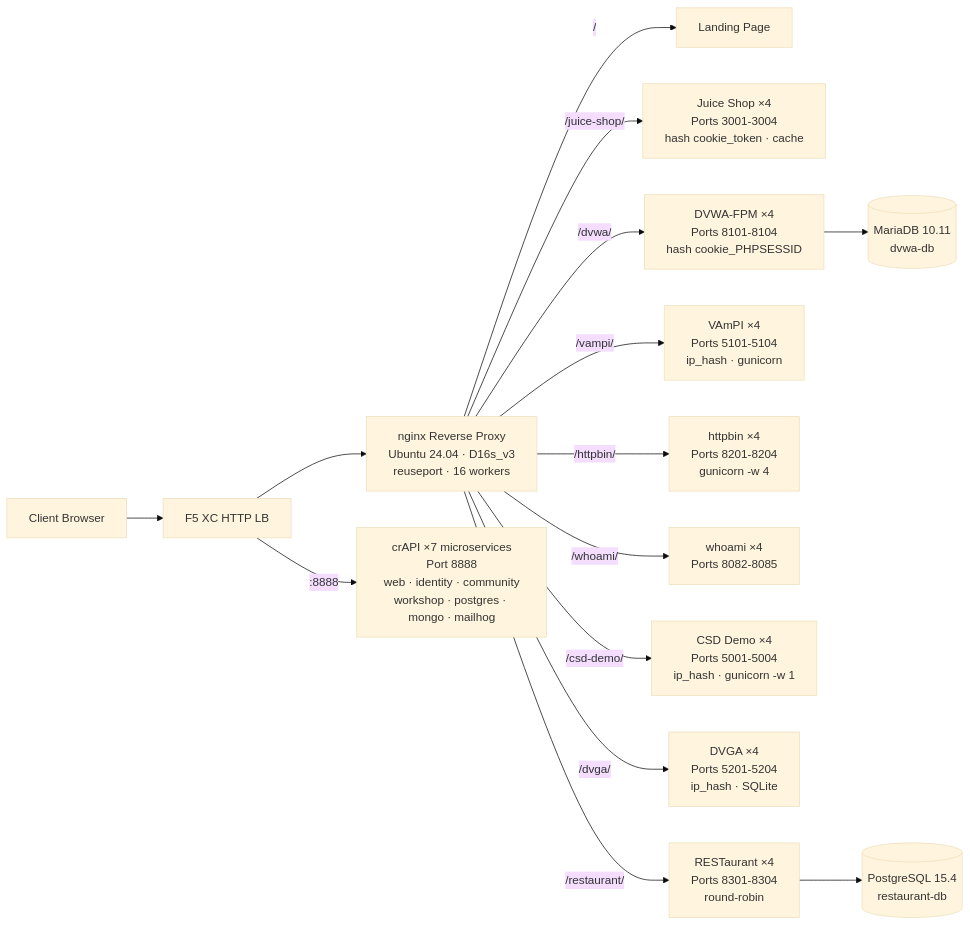
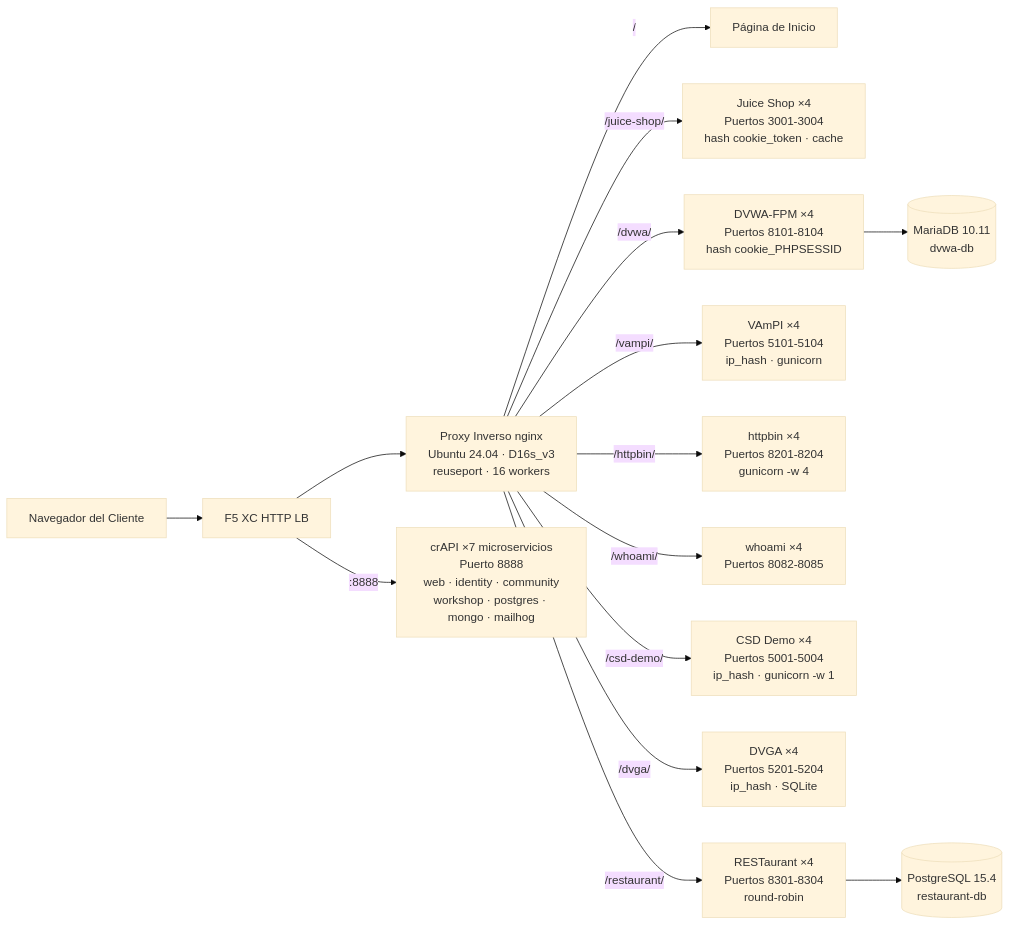
The diagram in docs/es/01-architecture.mdx (f5-sales-demo/origin-server), drawn with Mermaid (base theme) before and after one commit. The commit also changed other lines of this file and 107 other files, not shown here.

````diff
--- a/docs/es/01-architecture.mdx
+++ b/docs/es/01-architecture.mdx
@@ -29,17 +29,17 @@
 ```mermaid
 graph LR
-    Client[Client Browser] --> XCHLB[F5 XC HTTP LB]
-    XCHLB --> NGINX[nginx Reverse Proxy<br/>Ubuntu 24.04 · D16s_v3<br/>reuseport · 16 workers]
-    NGINX --> |/| DEFAULT[Landing Page]
-    NGINX --> |/juice-shop/| JS[Juice Shop ×4<br/>Ports 3001-3004<br/>hash cookie_token · cache]
-    NGINX --> |/dvwa/| DVWA[DVWA-FPM ×4<br/>Ports 8101-8104<br/>hash cookie_PHPSESSID]
-    NGINX --> |/vampi/| VAMPI[VAmPI ×4<br/>Ports 5101-5104<br/>ip_hash · gunicorn]
-    NGINX --> |/httpbin/| HTTPBIN[httpbin ×4<br/>Ports 8201-8204<br/>gunicorn -w 4]
-    NGINX --> |/whoami/| WHOAMI[whoami ×4<br/>Ports 8082-8085]
-    NGINX --> |/csd-demo/| CSD[CSD Demo ×4<br/>Ports 5001-5004<br/>ip_hash · gunicorn -w 1]
-    NGINX --> |/dvga/| DVGA[DVGA ×4<br/>Ports 5201-5204<br/>ip_hash · SQLite]
-    NGINX --> |/restaurant/| REST[RESTaurant ×4<br/>Ports 8301-8304<br/>round-robin]
-    XCHLB --> |:8888| CRAPI[crAPI ×7 microservices<br/>Port 8888<br/>web · identity · community<br/>workshop · postgres · mongo · mailhog]
+    Client[Navegador del Cliente] --> XCHLB[F5 XC HTTP LB]
+    XCHLB --> NGINX[Proxy Inverso nginx<br/>Ubuntu 24.04 · D16s_v3<br/>reuseport · 16 workers]
+    NGINX --> |/| DEFAULT[Página de Inicio]
+    NGINX --> |/juice-shop/| JS[Juice Shop ×4<br/>Puertos 3001-3004<br/>hash cookie_token · cache]
+    NGINX --> |/dvwa/| DVWA[DVWA-FPM ×4<br/>Puertos 8101-8104<br/>hash cookie_PHPSESSID]
+    NGINX --> |/vampi/| VAMPI[VAmPI ×4<br/>Puertos 5101-5104<br/>ip_hash · gunicorn]
+    NGINX --> |/httpbin/| HTTPBIN[httpbin ×4<br/>Puertos 8201-8204<br/>gunicorn -w 4]
+    NGINX --> |/whoami/| WHOAMI[whoami ×4<br/>Puertos 8082-8085]
+    NGINX --> |/csd-demo/| CSD[CSD Demo ×4<br/>Puertos 5001-5004<br/>ip_hash · gunicorn -w 1]
+    NGINX --> |/dvga/| DVGA[DVGA ×4<br/>Puertos 5201-5204<br/>ip_hash · SQLite]
+    NGINX --> |/restaurant/| REST[RESTaurant ×4<br/>Puertos 8301-8304<br/>round-robin]
+    XCHLB --> |:8888| CRAPI[crAPI ×7 microservicios<br/>Puerto 8888<br/>web · identity · community<br/>workshop · postgres · mongo · mailhog]
     DVWA --> DB[(MariaDB 10.11<br/>dvwa-db)]
     REST --> RESTDB[(PostgreSQL 15.4<br/>restaurant-db)]
 ```
````
